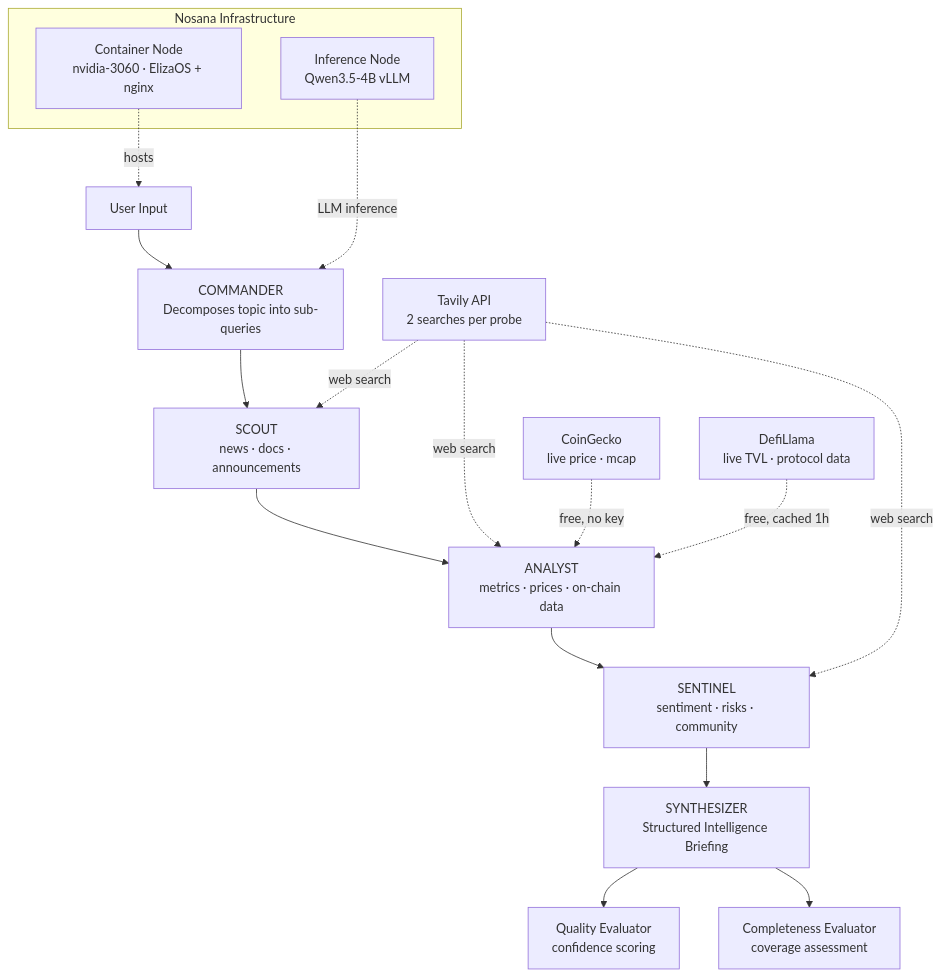
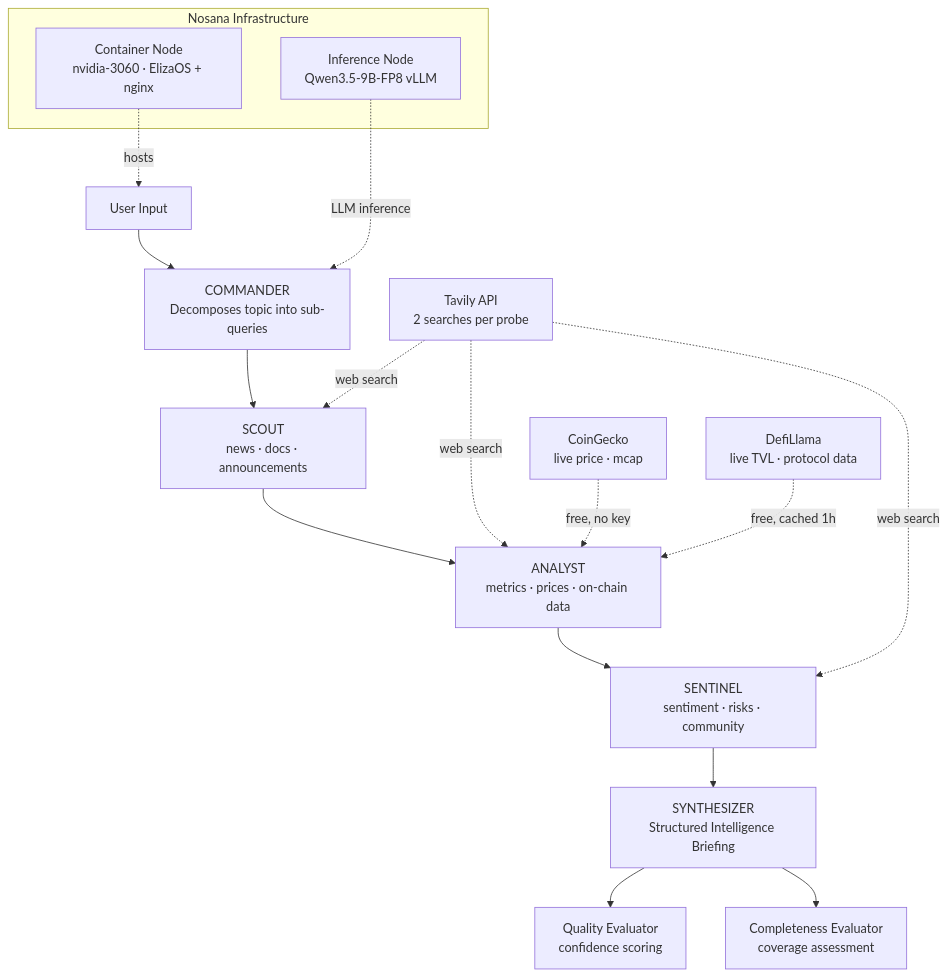
One commit to jordi-stack/agent-challenge changed the diagram in README.md. Above: the diagram before and after it, drawn with Mermaid. The commit also changed other lines of this file, not shown here.

````diff
--- a/README.md
+++ b/README.md
@@ -11,23 +11,23 @@
 ```mermaid
 graph TD
     U[User Input] --> CMD[COMMANDER\nDecomposes topic into sub-queries]
     CMD --> S[SCOUT\nnews · docs · announcements]
     S --> A[ANALYST\nmetrics · prices · on-chain data]
     A --> SN[SENTINEL\nsentiment · risks · community]
     SN --> SY[SYNTHESIZER\nStructured Intelligence Briefing]
     SY --> QE[Quality Evaluator\nconfidence scoring]
     SY --> CE[Completeness Evaluator\ncoverage assessment]
 
     TAV[Tavily API\n2 searches per probe] -.->|web search| S
     TAV -.->|web search| A
     TAV -.->|web search| SN
     CG[CoinGecko\nlive price · mcap] -.->|free, no key| A
     DL[DefiLlama\nlive TVL · protocol data] -.->|free, cached 1h| A
 
     subgraph Nosana Infrastructure
         NC[Container Node\nnvidia-3060 · ElizaOS + nginx]
-        NI[Inference Node\nQwen3.5-4B vLLM]
+        NI[Inference Node\nQwen3.5-9B-FP8 vLLM]
     end
     NC -.->|hosts| U
     NI -.->|LLM inference| CMD
 ```
````
